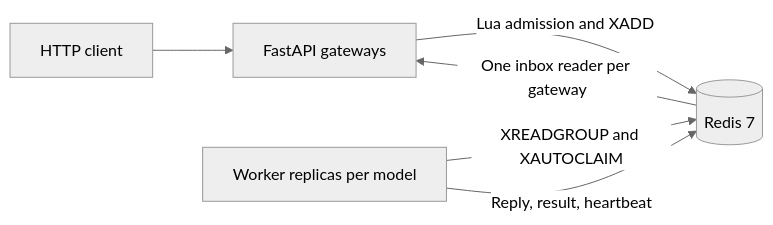
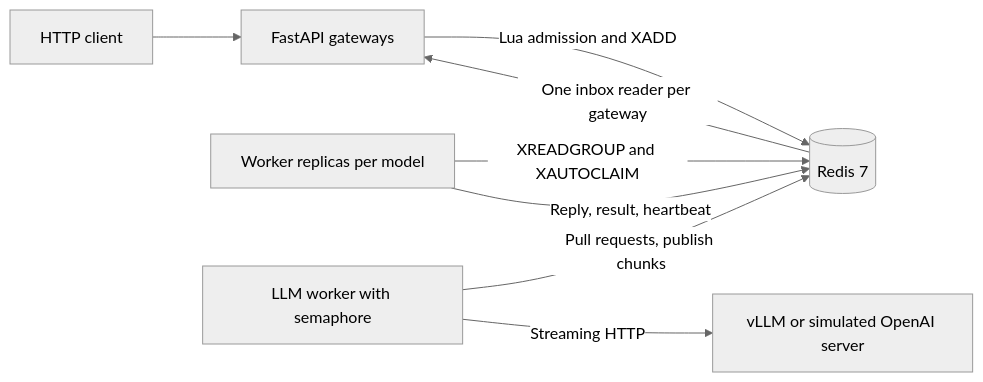
The first of 6 diagrams in docs/ARCHITECTURE.md (aashikazim/distributed-ml-Inference), drawn with Mermaid (neutral theme) before and after one commit. The commit also changed other lines of this file and 18 other files, not shown here.

````diff
--- a/docs/ARCHITECTURE.md
+++ b/docs/ARCHITECTURE.md
@@ -11,8 +12,10 @@
 ```mermaid
 flowchart LR
     C[HTTP client] --> G[FastAPI gateways]
     G -->|Lua admission and XADD| R[(Redis 7)]
     W[Worker replicas per model] -->|XREADGROUP and XAUTOCLAIM| R
     W -->|Reply, result, heartbeat| R
     R -->|One inbox reader per gateway| G
+    L[LLM worker with semaphore] -->|Pull requests, publish chunks| R
+    L -->|Streaming HTTP| V[vLLM or simulated OpenAI server]
 ```
````
